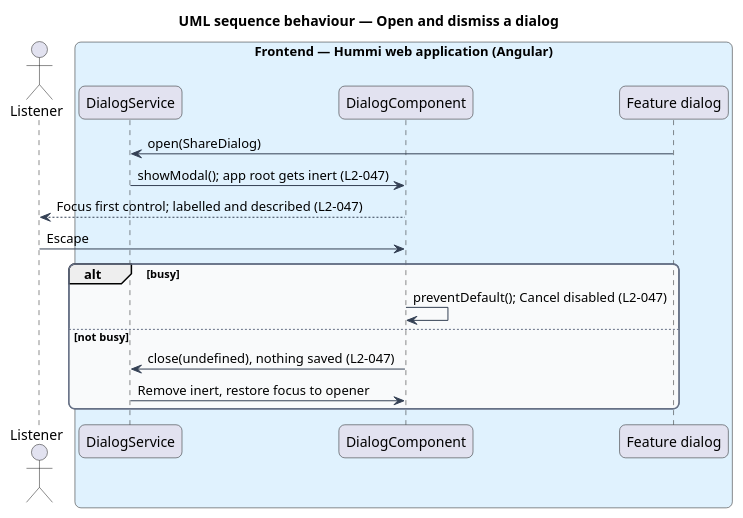
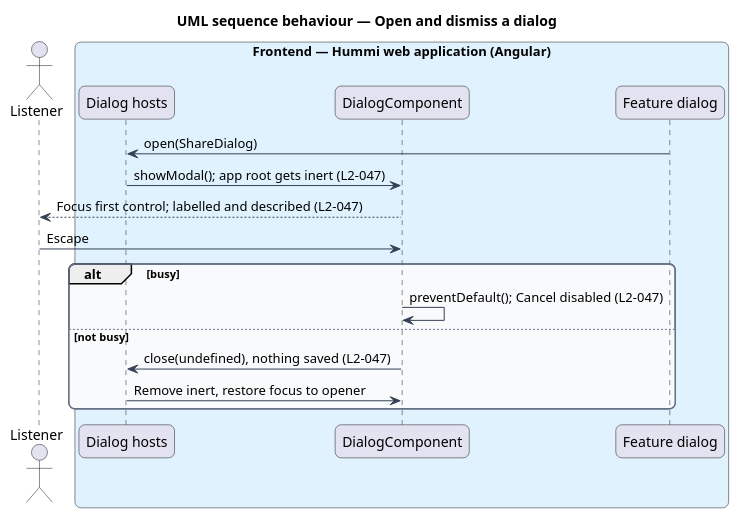
The diagram in docs/detailed-designs/interface/dialogs/diagrams/sequence-dialog.puml (QuinntyneBrown/hummi), drawn with PlantUML before and after one commit. The commit also changed 35 other files, not shown here.

```diff
--- a/docs/detailed-designs/interface/dialogs/diagrams/sequence-dialog.puml
+++ b/docs/detailed-designs/interface/dialogs/diagrams/sequence-dialog.puml
@@ -1,33 +1,33 @@
 @startuml
 title UML sequence behaviour — Open and dismiss a dialog
 skinparam backgroundColor #FFFFFF
 skinparam shadowing false
 skinparam roundcorner 12
 skinparam defaultFontName Arial
 skinparam ArrowColor #344054
 skinparam rectangle {
   BorderColor #344054
   FontColor #101828
 }
 skinparam package {
   BorderColor #667085
   FontColor #101828
   BackgroundColor #F9FAFB
 }
 actor "Listener" as u
 box "Frontend — Hummi web application (Angular)" #E0F2FE
-  participant "DialogService" as dialogs
+  participant "Dialog hosts" as dialogs
   participant "DialogComponent" as dlg
   participant "Feature dialog" as content
 end box
 content -> dialogs : open(ShareDialog)
 dialogs -> dlg : showModal(); app root gets inert (L2-047)
 dlg --> u : Focus first control; labelled and described (L2-047)
 u -> dlg : Escape
 alt busy
   dlg -> dlg : preventDefault(); Cancel disabled (L2-047)
 else not busy
   dlg -> dialogs : close(undefined), nothing saved (L2-047)
   dialogs -> dlg : Remove inert, restore focus to opener
 end
 @enduml
```
